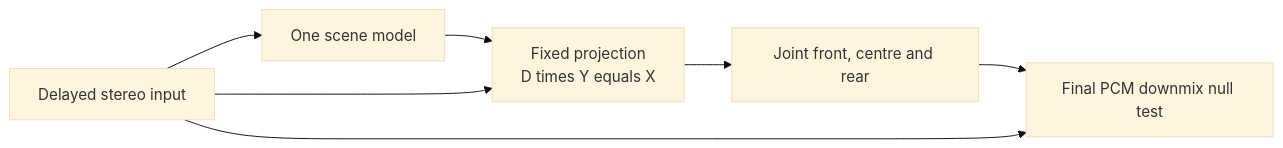
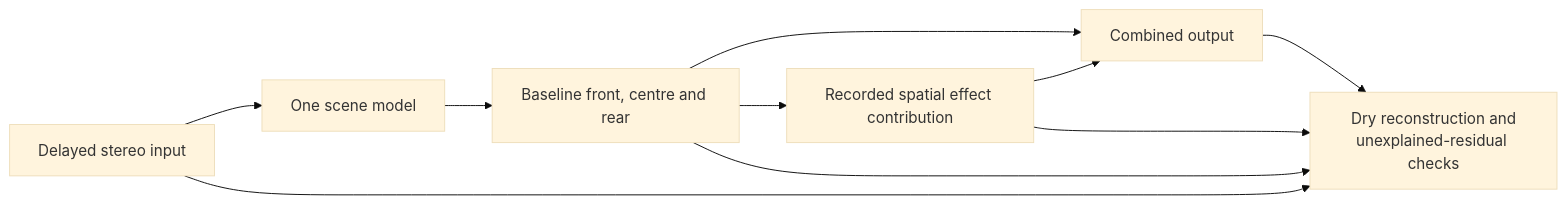
The third of 3 diagrams in docs/audio/UPMIX_REAR_SCENE_RESEARCH_2026-10-03.md (luka-dev/mib2q-carplay-rgi), drawn with Mermaid (base theme) before and after one commit. The commit also changed other lines of this file, not shown here.

Commit message:
docs(audio): allow spatial duplication with explicit loss accounting

````diff
--- a/docs/audio/UPMIX_REAR_SCENE_RESEARCH_2026-10-03.md
+++ b/docs/audio/UPMIX_REAR_SCENE_RESEARCH_2026-10-03.md
@@ -204,11 +203,14 @@
 ```mermaid
 flowchart LR
-    accTitle: Hard stereo reconstruction constraint for a proposed scene model
-    accDescr: The delayed input supplies both the model and a fixed projection. Projection adjusts the jointly predicted channels so their declared stereo downmix matches the input. The complete rendered PCM path still needs a numerical null test.
+    accTitle: Preserve the baseline and account for allowed spatial effects
+    accDescr: A scene model redistributes the input into baseline channels. A separately traceable effect stream may add spatial duplication. Validation checks baseline reconstruction and unexplained residual while measuring the effect contribution independently.
     input_stereo["Delayed stereo input"] --> scene_model["One scene model"]
-    scene_model --> hard_projection["Fixed projection<br/>D times Y equals X"]
-    input_stereo --> hard_projection
-    hard_projection --> output_channels["Joint front, centre and rear"]
-    output_channels --> pcm_check["Final PCM downmix null test"]
+    scene_model --> base_channels["Baseline front, centre and rear"]
+    base_channels --> output_channels["Combined output"]
+    base_channels --> effect_stream["Recorded spatial effect contribution"]
+    effect_stream --> output_channels
+    base_channels --> pcm_check["Dry reconstruction and<br/>unexplained-residual checks"]
+    effect_stream --> pcm_check
+    output_channels --> pcm_check
     input_stereo --> pcm_check
 ```
````
